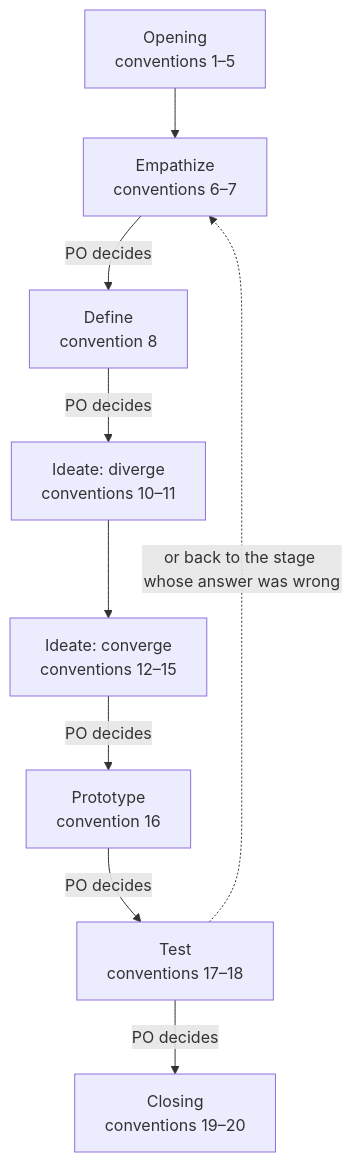
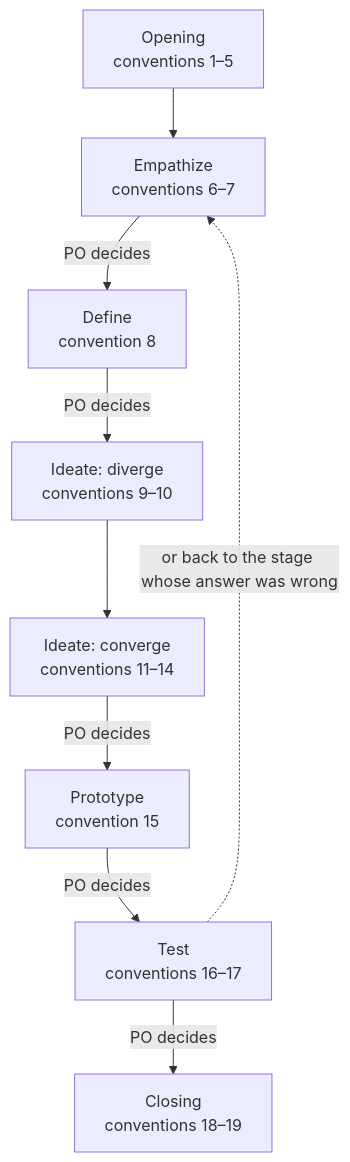
One commit to seapawn1/IDEO-Scrum changed the diagram in plugins/ideo-scrum/skills/design-kernel/conventions/design-log.md. Above: the diagram before and after it, drawn with Mermaid. The commit also changed other lines of this file and 7 other files, not shown here.

````diff
--- a/plugins/ideo-scrum/skills/design-kernel/conventions/design-log.md
+++ b/plugins/ideo-scrum/skills/design-kernel/conventions/design-log.md
@@ -7,11 +7,11 @@
 ```mermaid
 flowchart TD
     A["Opening<br/>conventions 1–5"] --> B["Empathize<br/>conventions 6–7"]
     B -- "PO decides" --> C["Define<br/>convention 8"]
-    C -- "PO decides" --> D["Ideate: diverge<br/>conventions 10–11"]
-    D --> E["Ideate: converge<br/>conventions 12–15"]
-    E -- "PO decides" --> F["Prototype<br/>convention 16"]
-    F -- "PO decides" --> G["Test<br/>conventions 17–18"]
-    G -- "PO decides" --> H["Closing<br/>conventions 19–20"]
+    C -- "PO decides" --> D["Ideate: diverge<br/>conventions 9–10"]
+    D --> E["Ideate: converge<br/>conventions 11–14"]
+    E -- "PO decides" --> F["Prototype<br/>convention 15"]
+    F -- "PO decides" --> G["Test<br/>conventions 16–17"]
+    G -- "PO decides" --> H["Closing<br/>conventions 18–19"]
     G -. "or back to the stage whose answer was wrong" .-> B
 ```
````
